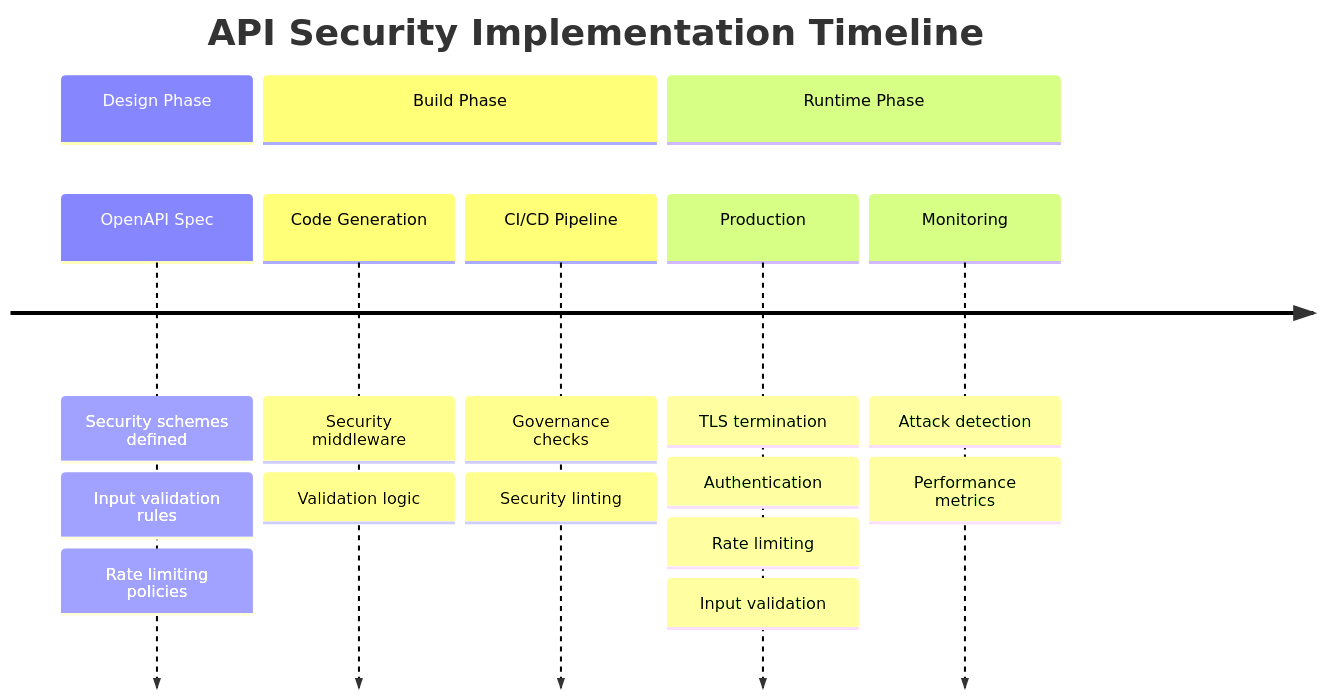
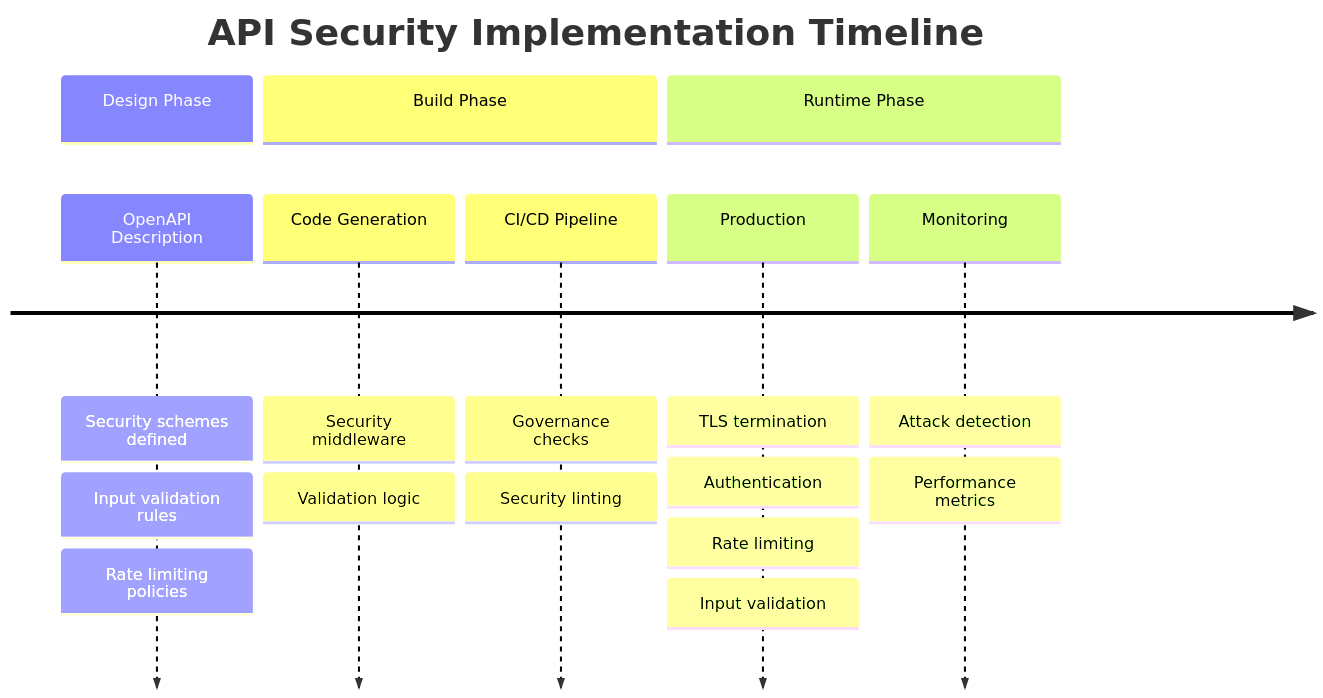
One commit to Redocly/website changed the second of 3 diagrams in learn/security/index.md. Above: the diagram before and after it, drawn with Mermaid. The commit also changed other lines of this file, not shown here.

````diff
--- a/learn/security/index.md
+++ b/learn/security/index.md
@@ -135,23 +131,23 @@
 ```mermaid
 timeline
     title API Security Implementation Timeline
     
     section Design Phase
-        OpenAPI Spec : Security schemes defined
+        OpenAPI Description : Security schemes defined
                     : Input validation rules
                     : Rate limiting policies
         
     section Build Phase  
         Code Generation : Security middleware
                        : Validation logic
         CI/CD Pipeline : Governance checks
                       : Security linting
                       
     section Runtime Phase
         Production : TLS termination
                   : Authentication
                   : Rate limiting
                   : Input validation
         Monitoring : Attack detection
                   : Performance metrics
 ```
````
